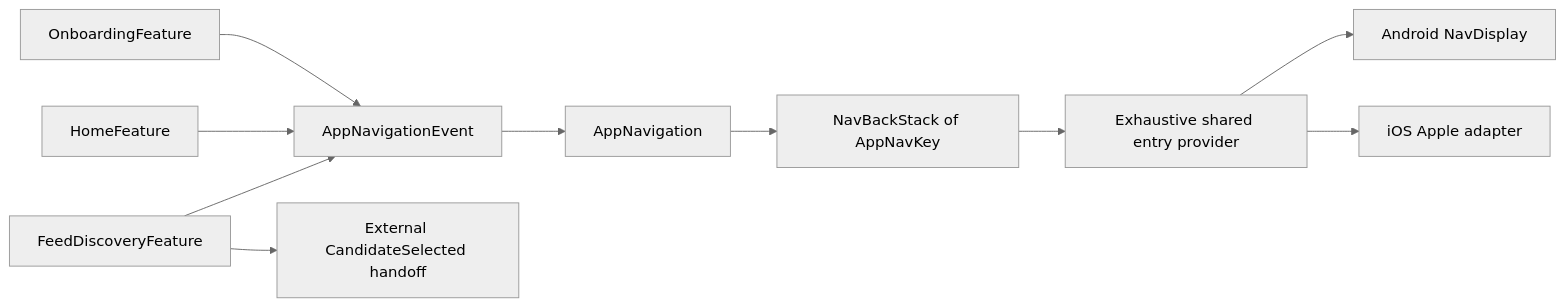
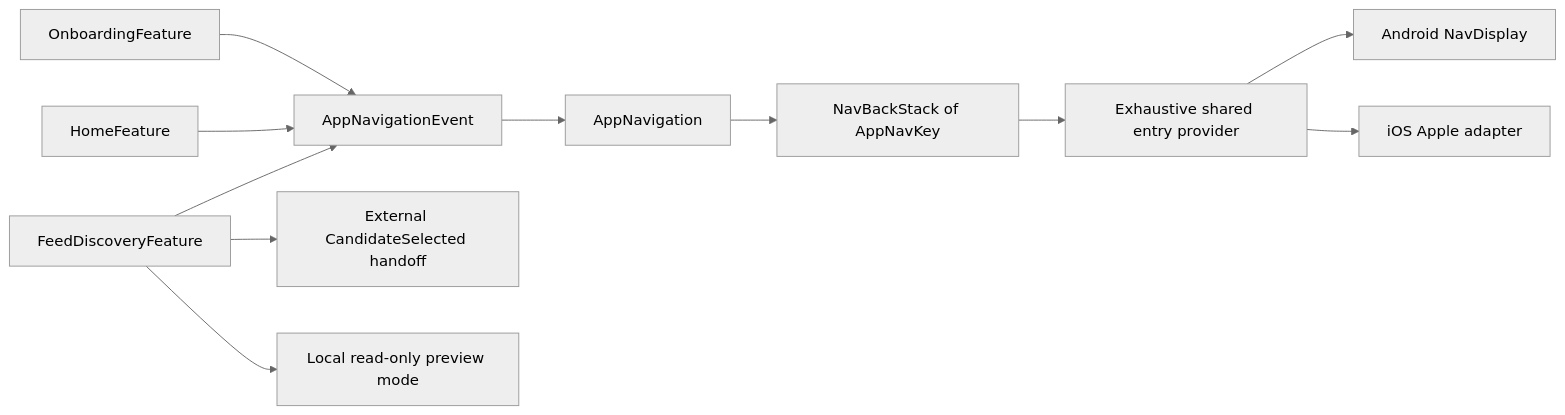
Before and after one commit to Smponi/kmpRSS: the diagram in docs/architecture/app-navigation-integration.md, drawn with Mermaid (neutral theme). The commit also changed other lines of this file and 7 other files, not shown here.

Commit message:
docs(architecture): record read-only preview tracer

````diff
--- a/docs/architecture/app-navigation-integration.md
+++ b/docs/architecture/app-navigation-integration.md
@@ -18,12 +18,13 @@
 ```mermaid
 flowchart LR
     O[OnboardingFeature] --> E[AppNavigationEvent]
     H[HomeFeature] --> E
     D[FeedDiscoveryFeature] --> E
     E --> N[AppNavigation]
     N --> B[NavBackStack of AppNavKey]
     B --> P[Exhaustive shared entry provider]
     P --> A[Android NavDisplay]
     P --> I[iOS Apple adapter]
     D --> X[External CandidateSelected handoff]
+    D --> V[Local read-only preview mode]
 ```
````
